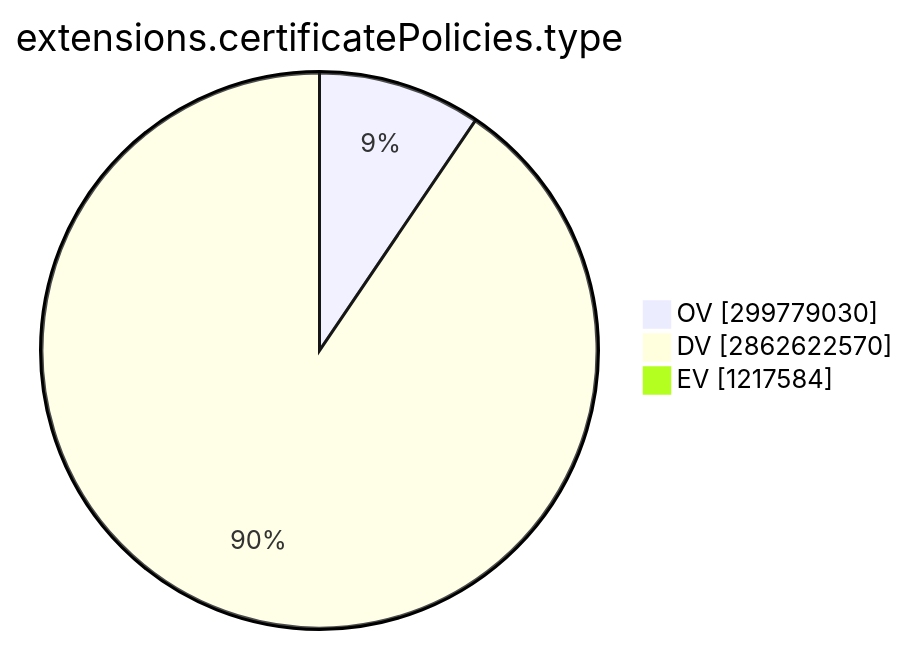
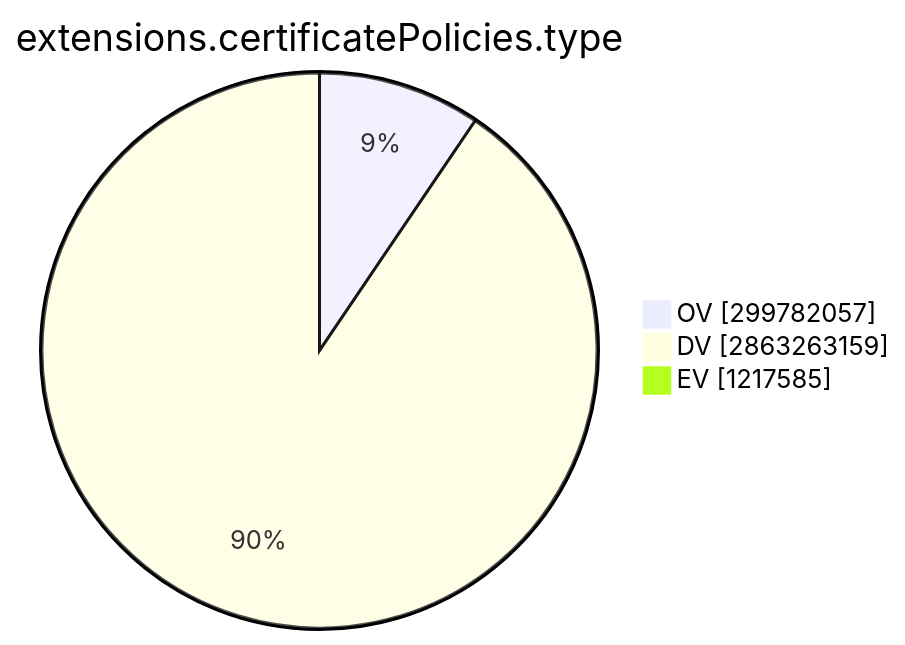
One commit to christiankrug/ctmonitor_visualization changed the ninth of 15 diagrams in TOTAL/README.md. Above: the diagram before and after it, drawn with Mermaid. The commit also changed other lines of this file, not shown here.

````diff
--- a/TOTAL/README.md
+++ b/TOTAL/README.md
@@ -3101,7 +3101,7 @@
 ```mermaid
 pie showData
 title extensions.certificatePolicies.type
-"OV" :299779030
-"DV" :2862622570
-"EV" :1217584
+"OV" :299782057
+"DV" :2863263159
+"EV" :1217585
 ```
````
